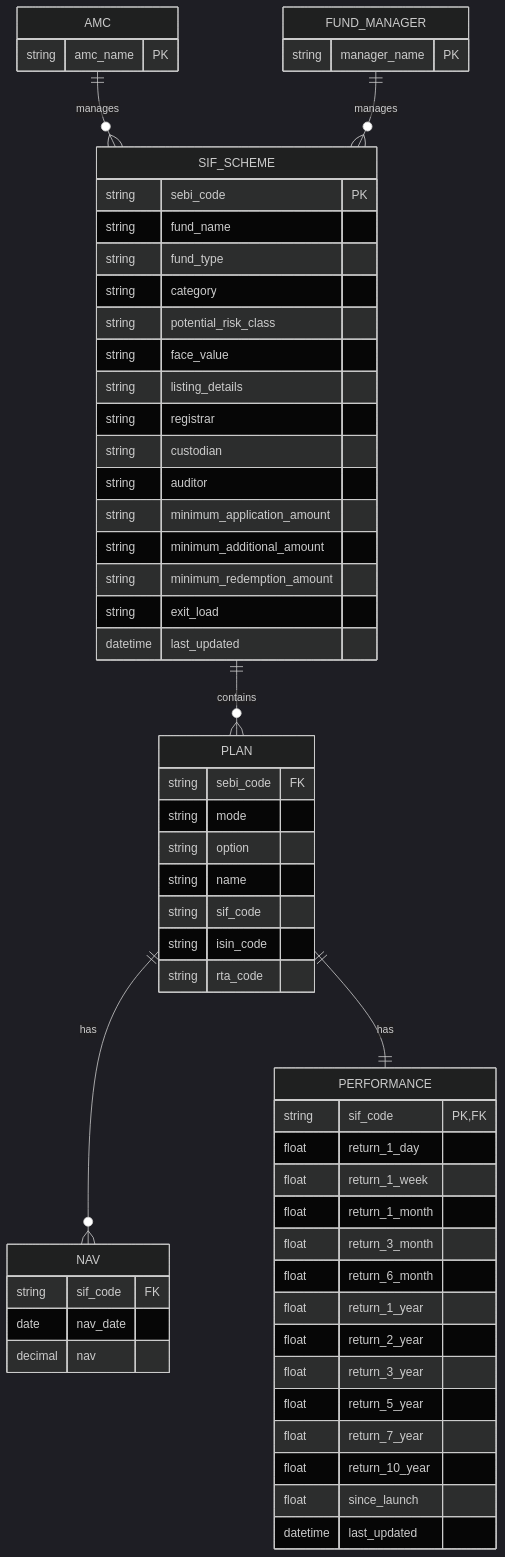
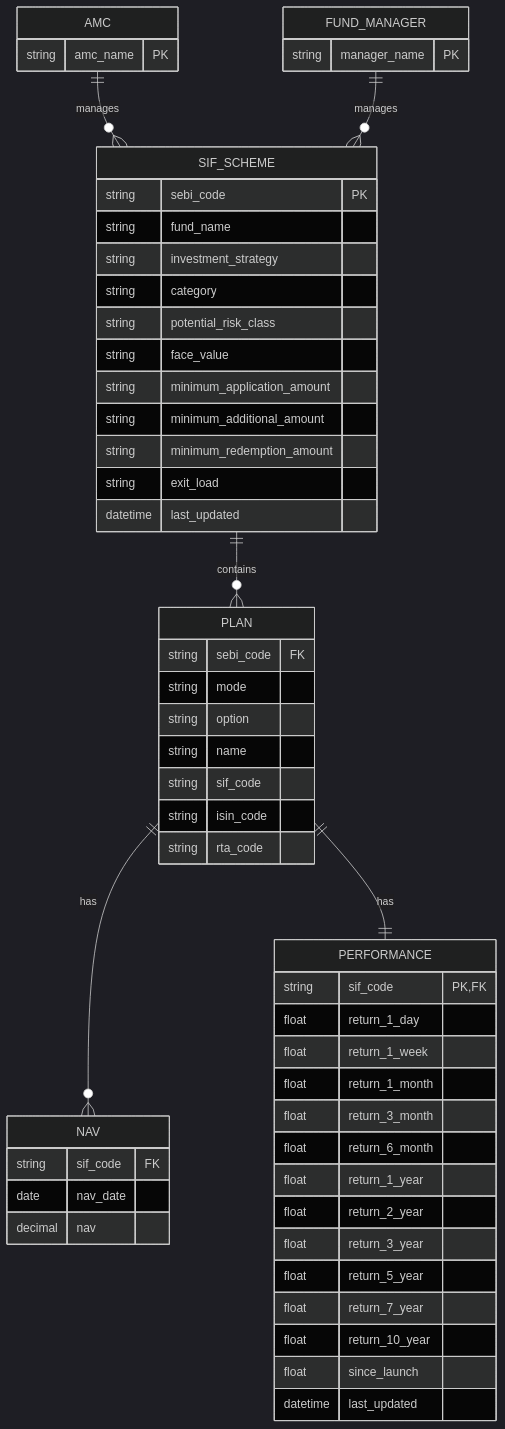
The diagram in sif_app/DOCTYPE architecture ER diagram.md (Satyam4755/My_SIF), drawn with Mermaid (dark theme) before and after one commit.

Commit message:
docs: add initial SIF doctype architecture ER diagram 2.0

````diff
--- a/sif_app/DOCTYPE architecture ER diagram.md
+++ b/sif_app/DOCTYPE architecture ER diagram.md
@@ -4,81 +4,76 @@
 ```mermaid
 erDiagram
 
     AMC ||--o{ SIF_SCHEME : manages
     FUND_MANAGER ||--o{ SIF_SCHEME : manages
 
     SIF_SCHEME ||--o{ PLAN : contains
     PLAN ||--o{ NAV : has
     PLAN ||--|| PERFORMANCE : has
 
 
     AMC {
         string amc_name PK
     }
 
     FUND_MANAGER {
         string manager_name PK
     }
 
     SIF_SCHEME {
         string sebi_code PK
 
         string fund_name
-        string fund_type
+        string investment_strategy
         string category
         string potential_risk_class
 
         string face_value
-        string listing_details
-
-        string registrar
-        string custodian
-        string auditor
 
         string minimum_application_amount
         string minimum_additional_amount
         string minimum_redemption_amount
 
         string exit_load
 
         datetime last_updated
     }
 
     PLAN {
         string sebi_code FK
 
         string mode
         string option
         string name
 
         string sif_code
         string isin_code
         string rta_code
     }
 
     NAV {
         string sif_code FK
 
         date nav_date
         decimal nav
     }
 
     PERFORMANCE {
         string sif_code PK,FK
 
         float return_1_day
         float return_1_week
         float return_1_month
         float return_3_month
         float return_6_month
         float return_1_year
         float return_2_year
         float return_3_year
         float return_5_year
         float return_7_year
         float return_10_year
         float since_launch
 
         datetime last_updated
     }
 ```
````
